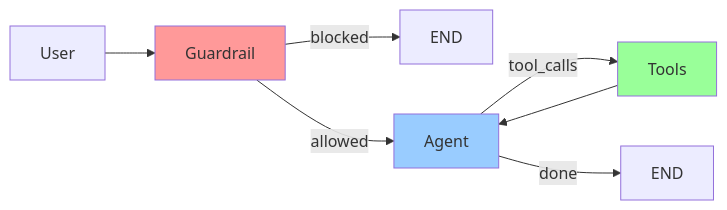
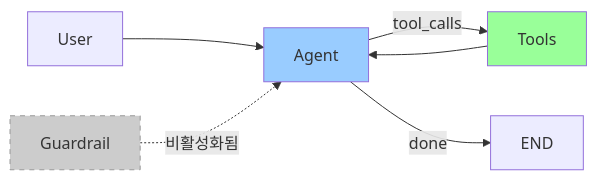
The first of 4 diagrams in docs/agent_architecture.md (shingyusik/scientific-analysis-agent), drawn with Mermaid before and after one commit. The commit also changed other lines of this file and 3 other files, not shown here.

````diff
--- a/docs/agent_architecture.md
+++ b/docs/agent_architecture.md
@@ -5,13 +7,13 @@
 ```mermaid
 flowchart LR
-    U[User] --> G[Guardrail]
-    G -->|blocked| E1[END]
-    G -->|allowed| A[Agent]
+    U[User] --> A[Agent]
     A -->|tool_calls| T[Tools]
     T --> A
     A -->|done| E2[END]
     
-    style G fill:#ff9999
+    G[Guardrail]:::disabled -.->|"비활성화됨"| A
+    
     style A fill:#99ccff
     style T fill:#99ff99
+    classDef disabled fill:#cccccc,stroke:#999999,stroke-dasharray: 5 5
 ```
````
